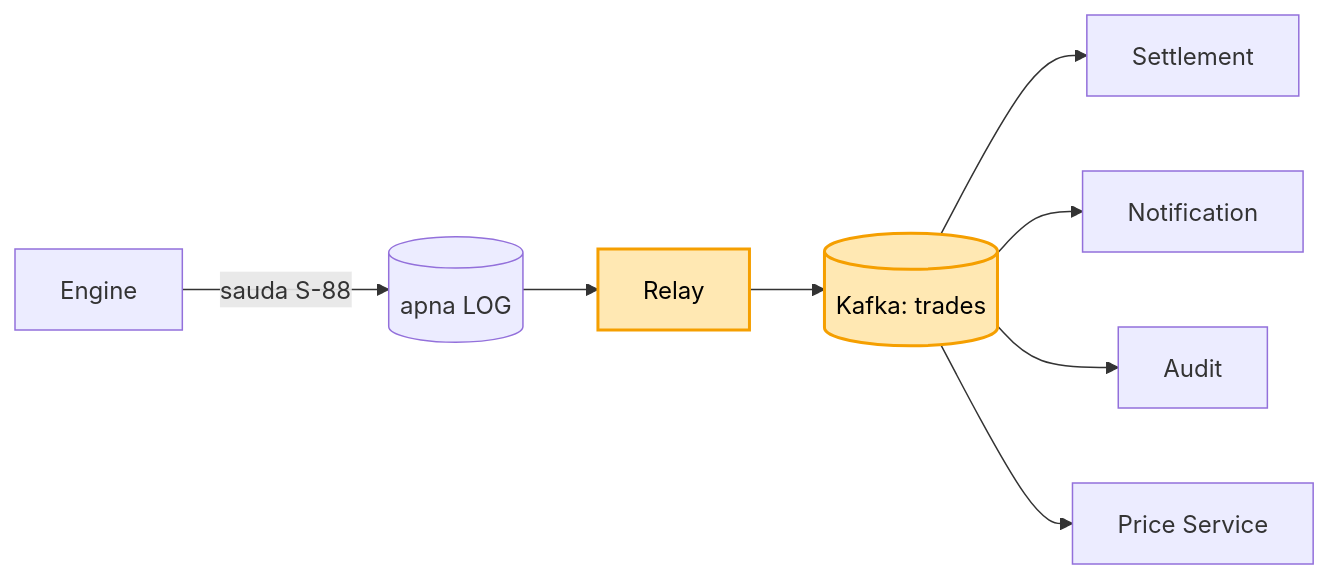
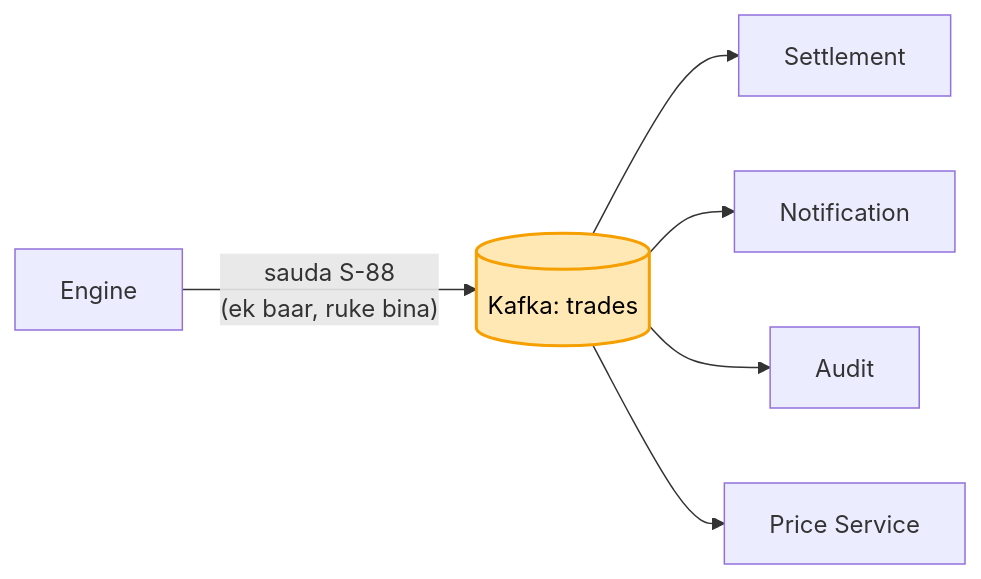
The sixth of 8 diagrams in 04_HLD/SYSTEM_DESIGNS/05_stock_broker_trading/05_stock_broker_trading.md (ArpanMaheshwari144/Prep), drawn with Mermaid before and after one commit. The commit also changed other lines of this file and 19 other files, not shown here.

````diff
--- a/04_HLD/SYSTEM_DESIGNS/05_stock_broker_trading/05_stock_broker_trading.md
+++ b/04_HLD/SYSTEM_DESIGNS/05_stock_broker_trading/05_stock_broker_trading.md
@@ -299,12 +306,9 @@
 ```mermaid
 flowchart LR
-    E["Engine"] -- "sauda S-88" --> L[("apna LOG")]
-    L --> R["Relay"]
-    R --> K[("Kafka: trades")]
+    E["Engine"] -- "sauda S-88<br/>(ek baar, ruke bina)" --> K[("Kafka: trades")]
     K --> ST["Settlement"]
     K --> N["Notification"]
     K --> A["Audit"]
     K --> PS["Price Service"]
-    style R fill:#ffe8b3,stroke:#f59f00,stroke-width:2px,color:#000
     style K fill:#ffe8b3,stroke:#f59f00,stroke-width:2px,color:#000
 ```
````
